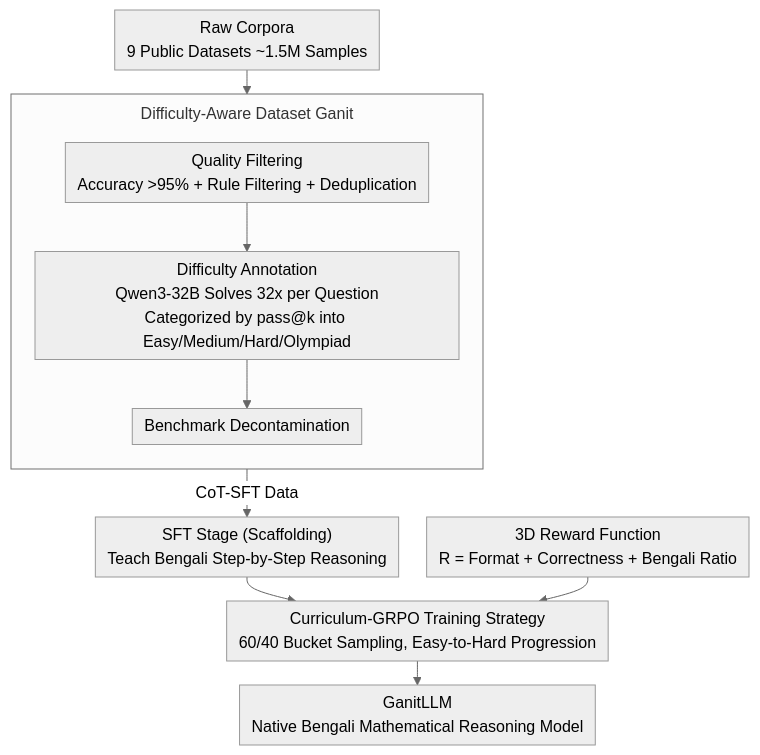
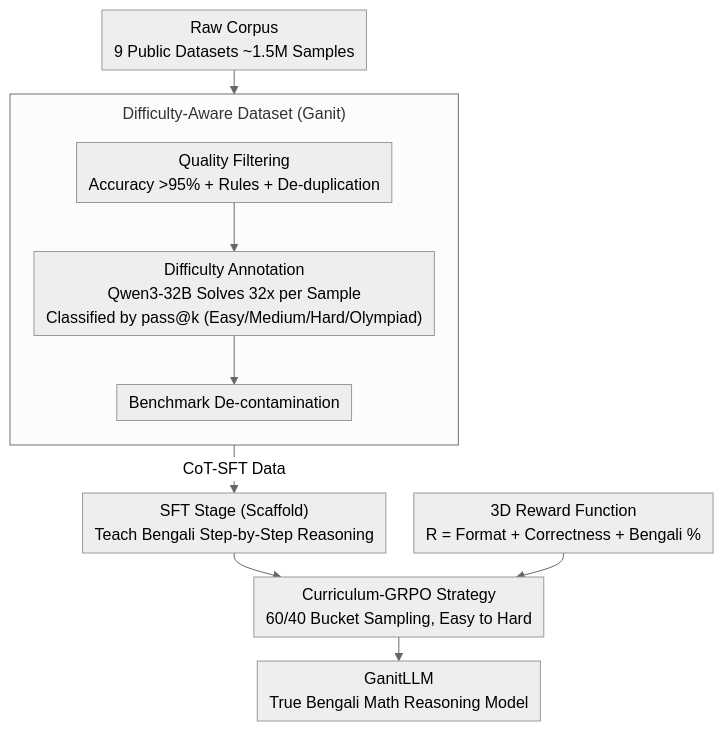
Before and after one commit to zhaoyang97/Paper-Notes-en: the diagram in docs/ACL2026/llm_reasoning/ganitllm_difficulty-aware_bengali_mathematical_reasoning_through_curriculum-grpo.md, drawn with Mermaid (neutral theme). The commit also changed other lines of this file and 5084 other files, not shown here.

````diff
--- a/docs/ACL2026/llm_reasoning/ganitllm_difficulty-aware_bengali_mathematical_reasoning_through_curriculum-grpo.md
+++ b/docs/ACL2026/llm_reasoning/ganitllm_difficulty-aware_bengali_mathematical_reasoning_through_curriculum-grpo.md
@@ -44,17 +44,17 @@
 ```mermaid
 %%{init: {'flowchart': {'rankSpacing': 24, 'nodeSpacing': 28, 'padding': 6, 'wrappingWidth': 400, 'subGraphTitleMargin': {'top': 8, 'bottom': 16}}}}%%
 flowchart TD
-    A["Raw Corpora<br/>9 Public Datasets ~1.5M Samples"]
-    subgraph GANIT["Difficulty-Aware Dataset Ganit"]
+    A["Raw Corpus<br/>9 Public Datasets ~1.5M Samples"]
+    subgraph GANIT["Difficulty-Aware Dataset (Ganit)"]
         direction TB
-        B["Quality Filtering<br/>Accuracy >95% + Rule Filtering + Deduplication"]
-        C["Difficulty Annotation<br/>Qwen3-32B Solves 32x per Question<br/>Categorized by pass@k into Easy/Medium/Hard/Olympiad"]
-        D["Benchmark Decontamination"]
+        B["Quality Filtering<br/>Accuracy >95% + Rules + De-duplication"]
+        C["Difficulty Annotation<br/>Qwen3-32B Solves 32x per Sample<br/>Classified by pass@k (Easy/Medium/Hard/Olympiad)"]
+        D["Benchmark De-contamination"]
         B --> C --> D
     end
     A --> GANIT
-    GANIT -->|CoT-SFT Data| E["SFT Stage (Scaffolding)<br/>Teach Bengali Step-by-Step Reasoning"]
-    E --> F["Curriculum-GRPO Training Strategy<br/>60/40 Bucket Sampling, Easy-to-Hard Progression"]
-    G["3D Reward Function<br/>R = Format + Correctness + Bengali Ratio"] --> F
-    F --> H["GanitLLM<br/>Native Bengali Mathematical Reasoning Model"]
+    GANIT -->|CoT-SFT Data| E["SFT Stage (Scaffold)<br/>Teach Bengali Step-by-Step Reasoning"]
+    E --> F["Curriculum-GRPO Strategy<br/>60/40 Bucket Sampling, Easy to Hard"]
+    G["3D Reward Function<br/>R = Format + Correctness + Bengali %"] --> F
+    F --> H["GanitLLM<br/>True Bengali Math Reasoning Model"]
 ```
````
